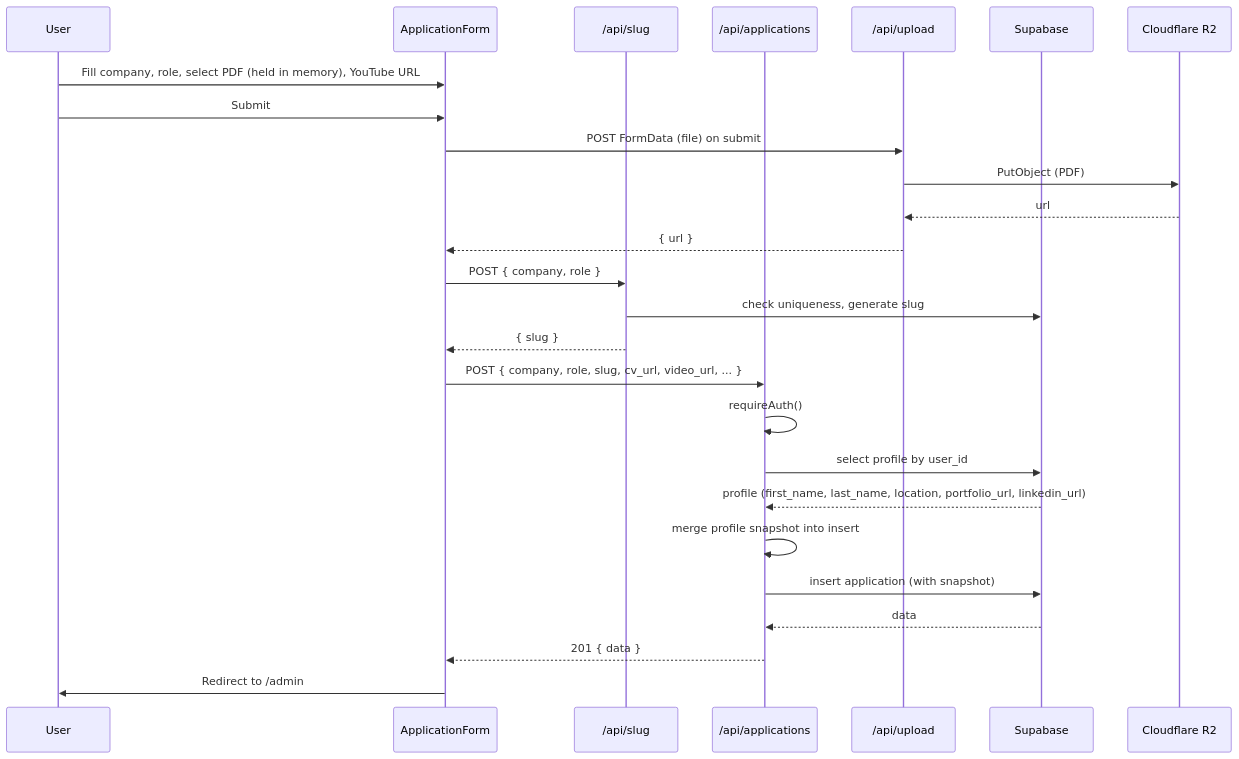
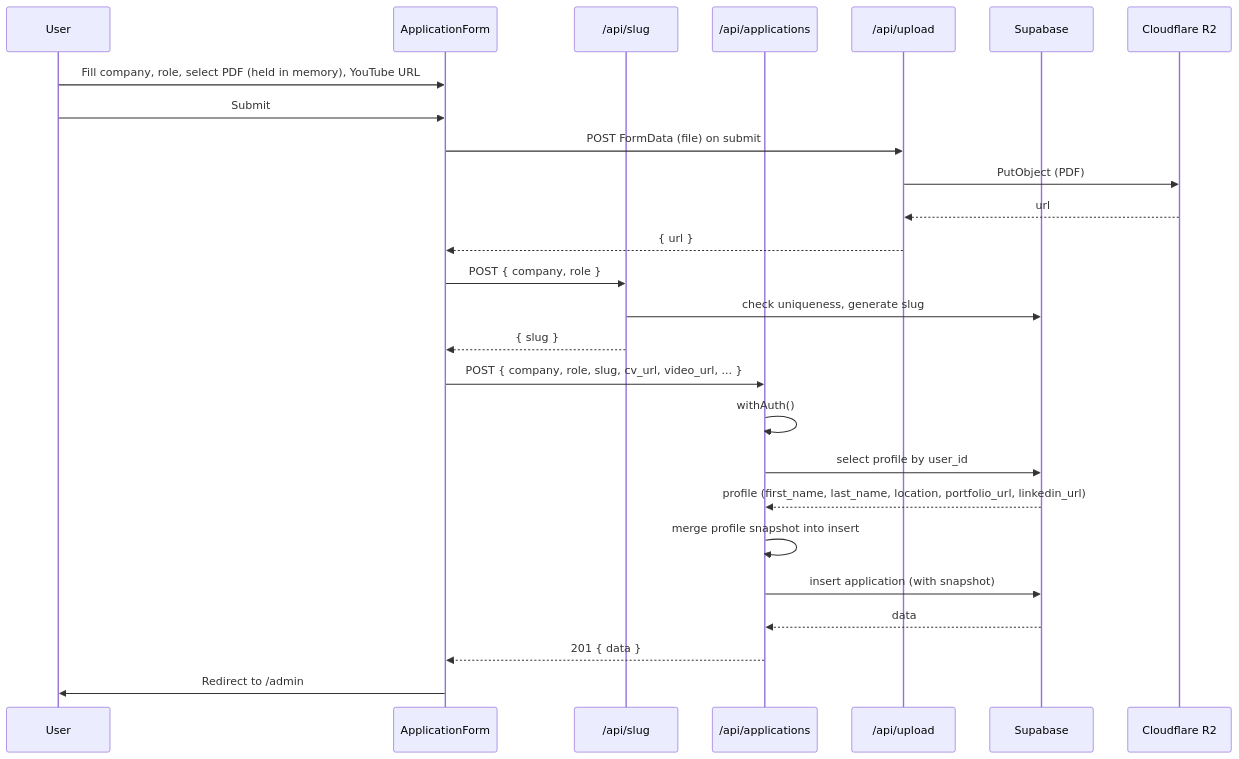
The fourth of 5 diagrams in docs/ARCHITECTURE.md (joan-gerard/my-hire-view), drawn with Mermaid before and after one commit. The commit also changed other lines of this file and 26 other files, not shown here.

Commit message:
refactor: add shared withAuth helper so API routes stop mislabeling failures as 401

````diff
--- a/docs/ARCHITECTURE.md
+++ b/docs/ARCHITECTURE.md
@@ -260,29 +260,29 @@
 ```mermaid
 sequenceDiagram
   participant U as User
   participant Form as ApplicationForm
   participant SlugAPI as /api/slug
   participant AppsAPI as /api/applications
   participant UploadAPI as /api/upload
   participant Supa as Supabase
   participant R2 as Cloudflare R2
 
   U->>Form: Fill company, role, select PDF (held in memory), YouTube URL
   U->>Form: Submit
   Form->>UploadAPI: POST FormData (file) on submit
   UploadAPI->>R2: PutObject (PDF)
   R2-->>UploadAPI: url
   UploadAPI-->>Form: { url }
   Form->>SlugAPI: POST { company, role }
   SlugAPI->>Supa: check uniqueness, generate slug
   SlugAPI-->>Form: { slug }
   Form->>AppsAPI: POST { company, role, slug, cv_url, video_url, ... }
-  AppsAPI->>AppsAPI: requireAuth()
+  AppsAPI->>AppsAPI: withAuth()
   AppsAPI->>Supa: select profile by user_id
   Supa-->>AppsAPI: profile (first_name, last_name, location, portfolio_url, linkedin_url)
   AppsAPI->>AppsAPI: merge profile snapshot into insert
   AppsAPI->>Supa: insert application (with snapshot)
   Supa-->>AppsAPI: data
   AppsAPI-->>Form: 201 { data }
   Form->>U: Redirect to /admin
 ```
````
